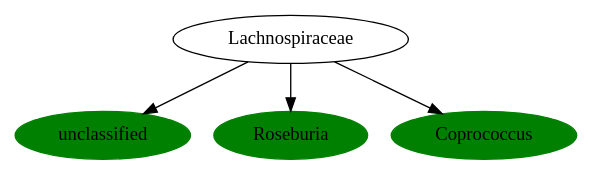
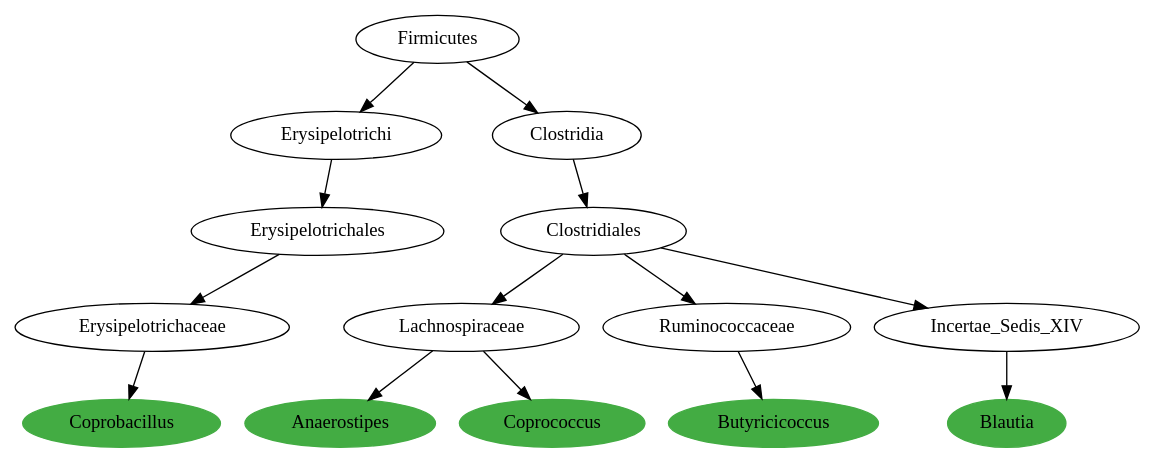
One commit to AndersHqst/thesis changed the diagram in experiments/tmp/phylogenetic-tree/dotfiles/4.dot. Above: the diagram before and after it, drawn with Graphviz. The commit also changed 228 other files, not shown here.

Commit message:
Updated graph coloring scripts. Co-exclusions are now indicated by edge label font coloring, and phylographer will also show u<1 patterns in red only

```diff
--- a/experiments/tmp/phylogenetic-tree/dotfiles/4.dot
+++ b/experiments/tmp/phylogenetic-tree/dotfiles/4.dot
@@ -1,15 +1,47 @@
 digraph G { 
-	Lachnospiraceaeunclassified [label="unclassified", color="green", style=filled];
+	ErysipelotrichaceaeCoprobacillus [label="Coprobacillus", color="#43AC43", style=filled];
+	ErysipelotrichalesErysipelotrichaceae [label="Erysipelotrichaceae"];
+	ErysipelotrichaceaeCoprobacillus [label="Coprobacillus"];
+	ErysipelotrichalesErysipelotrichaceae -> ErysipelotrichaceaeCoprobacillus;
+	ErysipelotrichiErysipelotrichales [label="Erysipelotrichales"];
+	ErysipelotrichalesErysipelotrichaceae [label="Erysipelotrichaceae"];
+	ErysipelotrichiErysipelotrichales -> ErysipelotrichalesErysipelotrichaceae;
+	FirmicutesErysipelotrichi [label="Erysipelotrichi"];
+	ErysipelotrichiErysipelotrichales [label="Erysipelotrichales"];
+	FirmicutesErysipelotrichi -> ErysipelotrichiErysipelotrichales;
+	BacteriaFirmicutes [label="Firmicutes"];
+	FirmicutesErysipelotrichi [label="Erysipelotrichi"];
+	BacteriaFirmicutes -> FirmicutesErysipelotrichi;
+	LachnospiraceaeAnaerostipes [label="Anaerostipes", color="#43AC43", style=filled];
 	ClostridialesLachnospiraceae [label="Lachnospiraceae"];
-	Lachnospiraceaeunclassified [label="unclassified"];
-	ClostridialesLachnospiraceae -> Lachnospiraceaeunclassified;
-	LachnospiraceaeRoseburia [label="Roseburia", color="green", style=filled];
+	LachnospiraceaeAnaerostipes [label="Anaerostipes"];
+	ClostridialesLachnospiraceae -> LachnospiraceaeAnaerostipes;
+	ClostridiaClostridiales [label="Clostridiales"];
 	ClostridialesLachnospiraceae [label="Lachnospiraceae"];
-	LachnospiraceaeRoseburia [label="Roseburia"];
-	ClostridialesLachnospiraceae -> LachnospiraceaeRoseburia;
-	LachnospiraceaeCoprococcus [label="Coprococcus", color="green", style=filled];
+	ClostridiaClostridiales -> ClostridialesLachnospiraceae;
+	FirmicutesClostridia [label="Clostridia"];
+	ClostridiaClostridiales [label="Clostridiales"];
+	FirmicutesClostridia -> ClostridiaClostridiales;
+	BacteriaFirmicutes [label="Firmicutes"];
+	FirmicutesClostridia [label="Clostridia"];
+	BacteriaFirmicutes -> FirmicutesClostridia;
+	LachnospiraceaeCoprococcus [label="Coprococcus", color="#43AC43", style=filled];
 	ClostridialesLachnospiraceae [label="Lachnospiraceae"];
 	LachnospiraceaeCoprococcus [label="Coprococcus"];
 	ClostridialesLachnospiraceae -> LachnospiraceaeCoprococcus;
+	RuminococcaceaeButyricicoccus [label="Butyricicoccus", color="#43AC43", style=filled];
+	ClostridialesRuminococcaceae [label="Ruminococcaceae"];
+	RuminococcaceaeButyricicoccus [label="Butyricicoccus"];
+	ClostridialesRuminococcaceae -> RuminococcaceaeButyricicoccus;
+	ClostridiaClostridiales [label="Clostridiales"];
+	ClostridialesRuminococcaceae [label="Ruminococcaceae"];
+	ClostridiaClostridiales -> ClostridialesRuminococcaceae;
+	Incertae_Sedis_XIVBlautia [label="Blautia", color="#43AC43", style=filled];
+	ClostridialesIncertae_Sedis_XIV [label="Incertae_Sedis_XIV"];
+	Incertae_Sedis_XIVBlautia [label="Blautia"];
+	ClostridialesIncertae_Sedis_XIV -> Incertae_Sedis_XIVBlautia;
+	ClostridiaClostridiales [label="Clostridiales"];
+	ClostridialesIncertae_Sedis_XIV [label="Incertae_Sedis_XIV"];
+	ClostridiaClostridiales -> ClostridialesIncertae_Sedis_XIV;
 
  }
```
